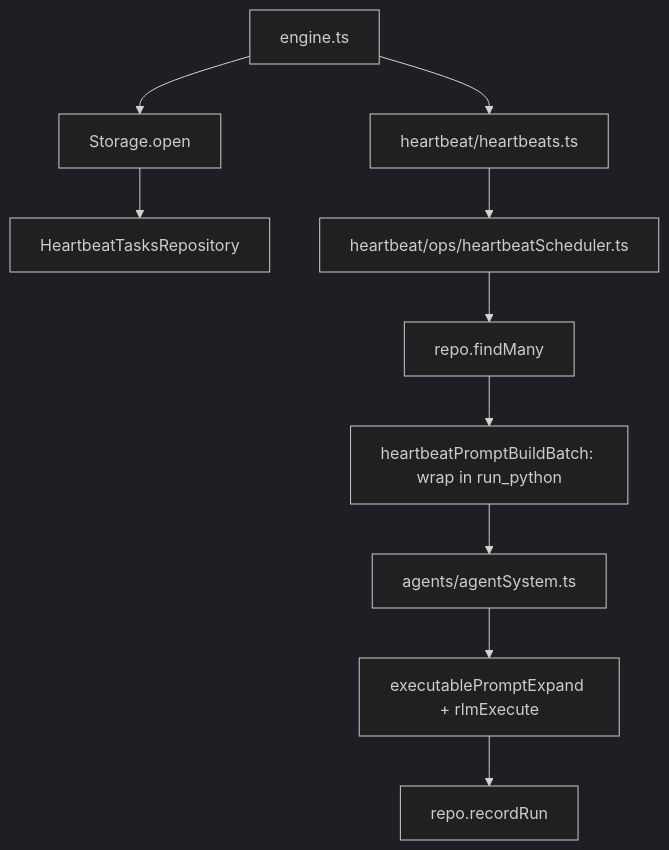
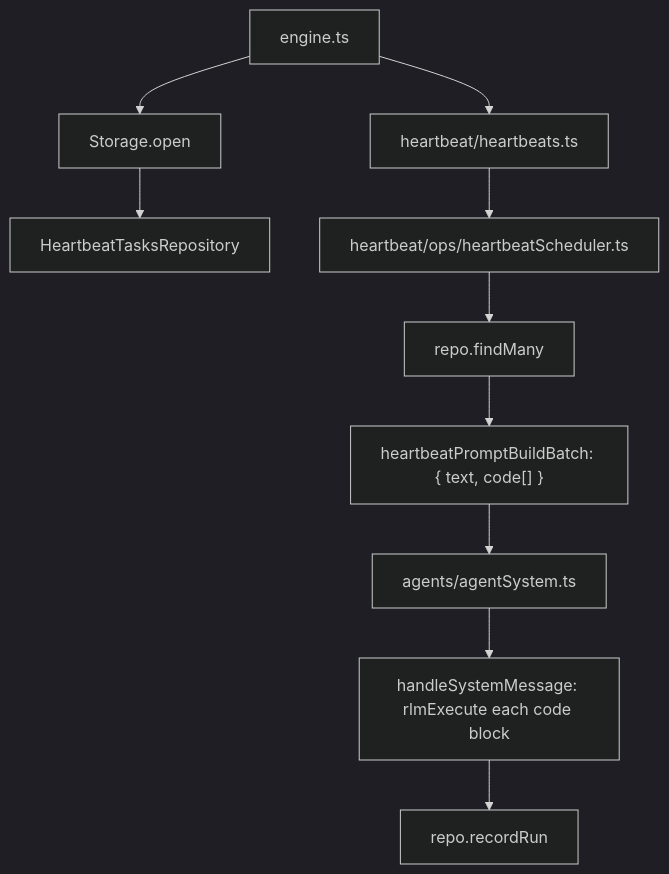
The diagram in doc/internals/heartbeat.md (ex3ndr/daycare), drawn with Mermaid (dark theme) before and after one commit. The commit also changed other lines of this file and 32 other files, not shown here.

First line of the commit message:
feat(heartbeat,cron): execute Python code blocks directly via rlmExecute

````diff
--- a/doc/internals/heartbeat.md
+++ b/doc/internals/heartbeat.md
@@ -21,12 +21,12 @@
 ```mermaid
 flowchart TD
   Engine[engine.ts] --> Storage[Storage.open]
   Storage --> Repo[HeartbeatTasksRepository]
   Engine --> Heartbeats[heartbeat/heartbeats.ts]
   Heartbeats --> Scheduler[heartbeat/ops/heartbeatScheduler.ts]
   Scheduler --> Load[repo.findMany]
-  Load --> Batch[heartbeatPromptBuildBatch: wrap in run_python]
+  Load --> Batch["heartbeatPromptBuildBatch: { text, code[] }"]
   Batch --> AgentSystem[agents/agentSystem.ts]
-  AgentSystem --> RLM[executablePromptExpand + rlmExecute]
+  AgentSystem --> RLM["handleSystemMessage: rlmExecute each code block"]
   RLM --> Persist[repo.recordRun]
 ```
````
